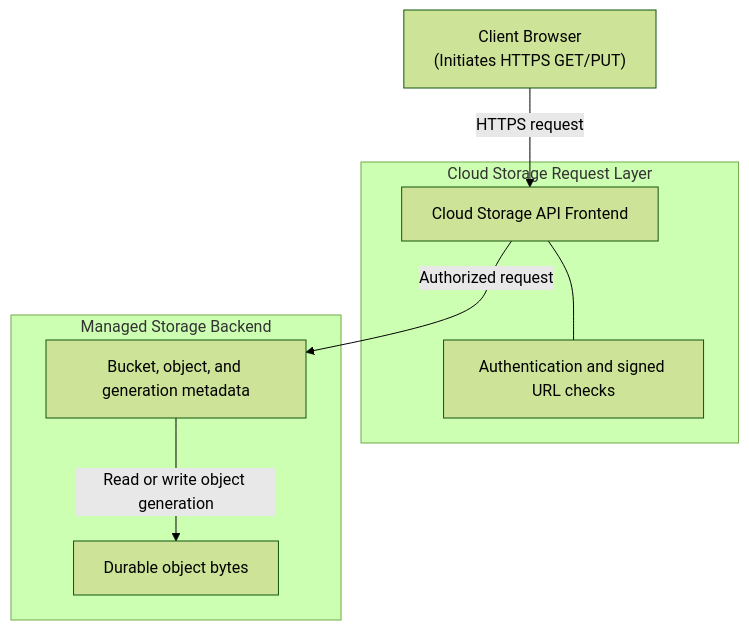
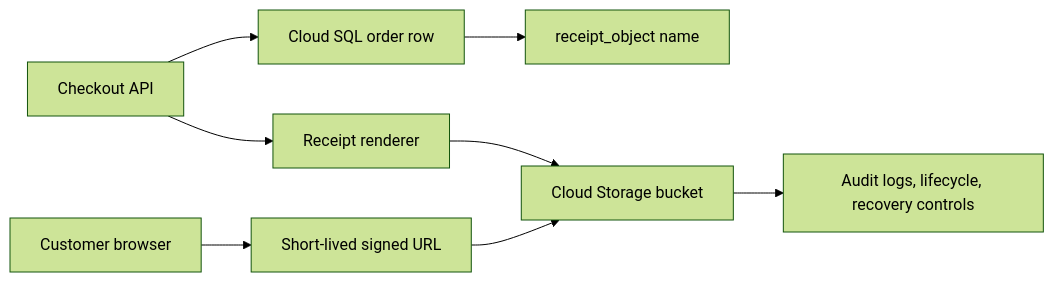
The diagram in cloud-providers/gcp/storage-databases/cloud-storage.md (senlinyy/dev-roadmaps), drawn with Mermaid (forest theme) before and after one commit. The commit also changed other lines of this file and 260 other files, not shown here.

````diff
--- a/cloud-providers/gcp/storage-databases/cloud-storage.md
+++ b/cloud-providers/gcp/storage-databases/cloud-storage.md
@@ -160,18 +37,10 @@
 ```mermaid
-flowchart TD
-    Client["Client Browser<br/>(Initiates HTTPS GET/PUT)"] -->|"HTTPS request"| Frontend["Cloud Storage API Frontend"]
-
-    subgraph RequestLayer["Cloud Storage Request Layer"]
-        Frontend
-        Auth["Authentication and signed URL checks"]
-        Frontend --- Auth
-    end
-
-    subgraph StorageLayer["Managed Storage Backend"]
-        Metadata["Bucket, object, and generation metadata"]
-        ObjectBytes["Durable object bytes"]
-    end
-
-    Frontend -->|"Authorized request"| Metadata
-    Metadata -->|"Read or write object generation"| ObjectBytes
+flowchart LR
+    Checkout["Checkout API"] --> SQL["Cloud SQL order row"]
+    Checkout --> Receipt["Receipt renderer"]
+    Receipt --> Bucket["Cloud Storage bucket"]
+    SQL --> Pointer["receipt_object name"]
+    Browser["Customer browser"] --> SignedURL["Short-lived signed URL"]
+    SignedURL --> Bucket
+    Bucket --> Audit["Audit logs, lifecycle, recovery controls"]
 ```
````
